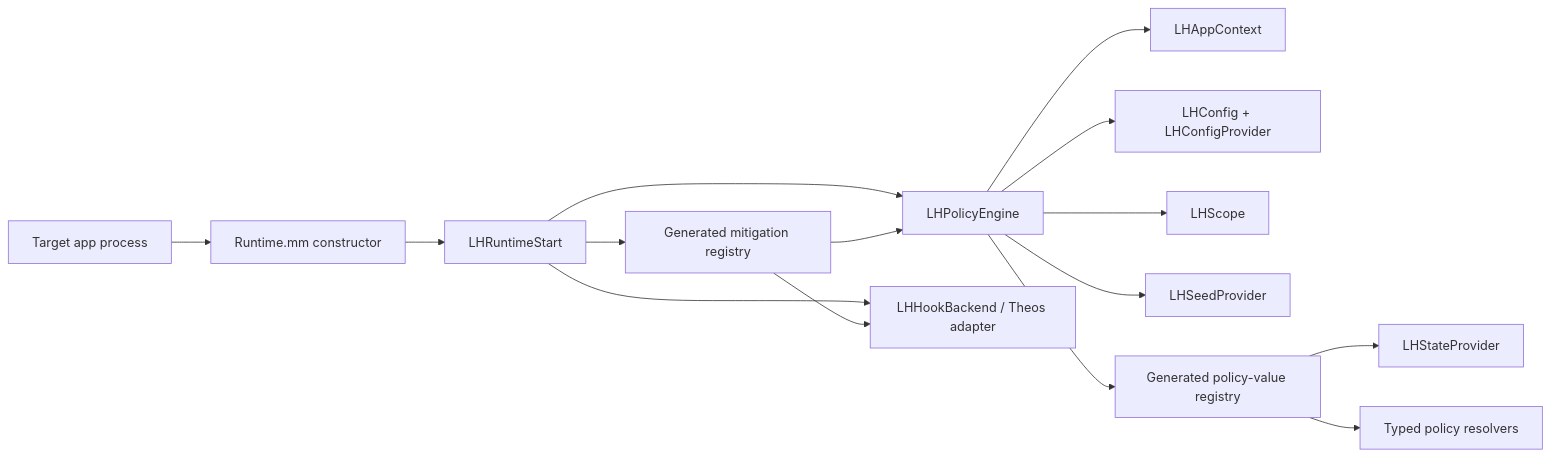
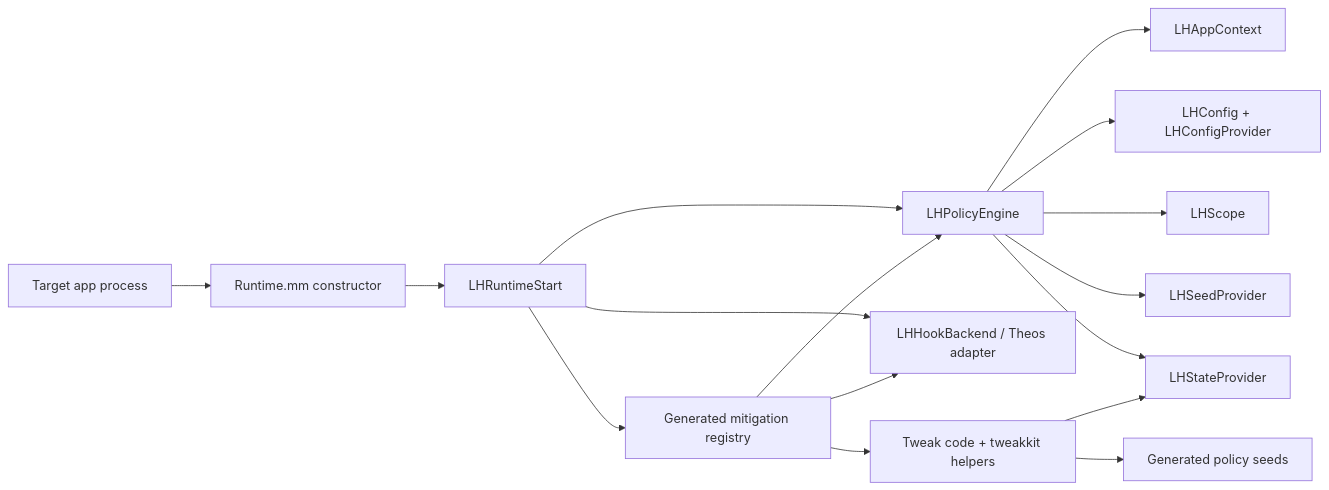
One commit to alecs297/loupehole changed the diagram in docs/development/runtime-architecture.md. Above: the diagram before and after it, drawn with Mermaid. The commit also changed other lines of this file and 26 other files, not shown here.

Commit message:
Refresh docs for tweak-level policy seeds

````diff
--- a/docs/development/runtime-architecture.md
+++ b/docs/development/runtime-architecture.md
@@ -7,17 +9,18 @@
 ```mermaid
 flowchart LR
-    App[Target app process] --> Entry[Runtime.mm constructor]
-    Entry --> Runtime[LHRuntimeStart]
-    Runtime --> Engine[LHPolicyEngine]
-    Runtime --> Backend[LHHookBackend / Theos adapter]
-    Engine --> Context[LHAppContext]
-    Engine --> Config[LHConfig + LHConfigProvider]
-    Engine --> Scope[LHScope]
-    Engine --> Seed[LHSeedProvider]
-    Engine --> Registry[Generated policy-value registry]
-    Runtime --> Modules[Generated mitigation registry]
+    App["Target app process"] --> Entry["Runtime.mm constructor"]
+    Entry --> Runtime["LHRuntimeStart"]
+    Runtime --> Engine["LHPolicyEngine"]
+    Runtime --> Backend["LHHookBackend / Theos adapter"]
+    Engine --> Context["LHAppContext"]
+    Engine --> Config["LHConfig + LHConfigProvider"]
+    Engine --> Scope["LHScope"]
+    Engine --> Seed["LHSeedProvider"]
+    Engine --> State["LHStateProvider"]
+    Runtime --> Modules["Generated mitigation registry"]
     Modules --> Backend
     Modules --> Engine
-    Registry --> State[LHStateProvider]
-    Registry --> Values[Typed policy resolvers]
+    Modules --> Tweak["Tweak code + tweakkit helpers"]
+    Tweak --> State
+    Tweak --> Seeds["Generated policy seeds"]
 ```
````
